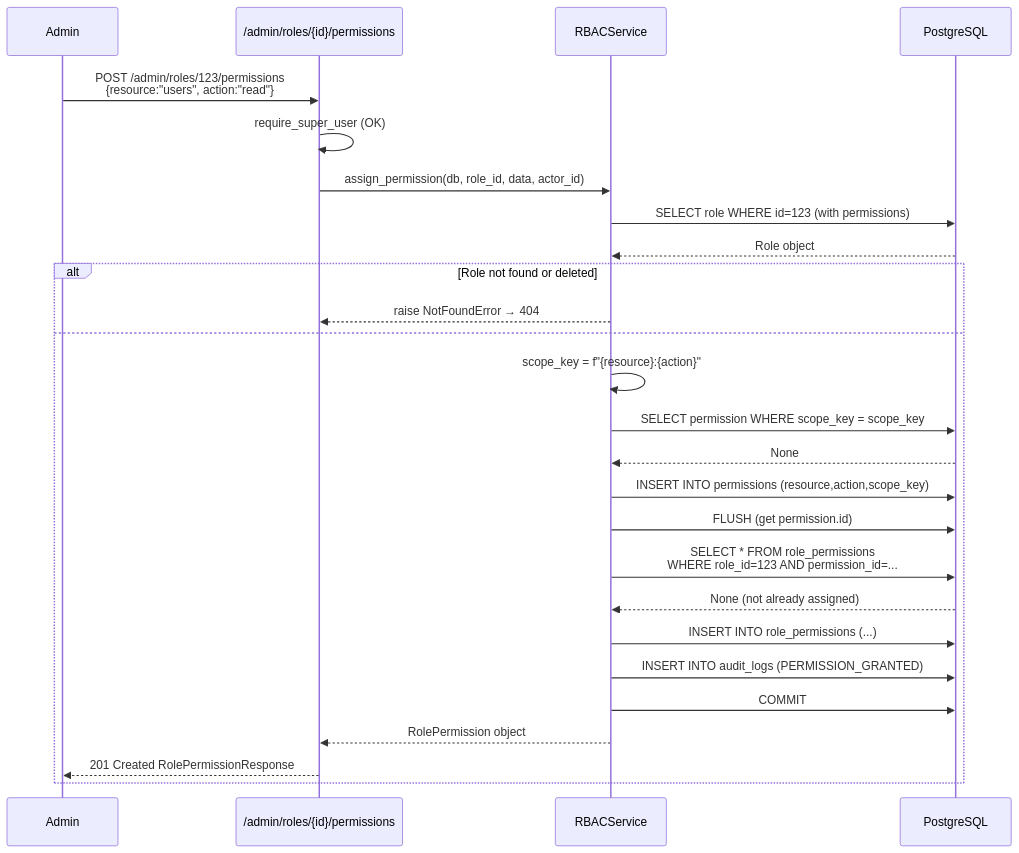
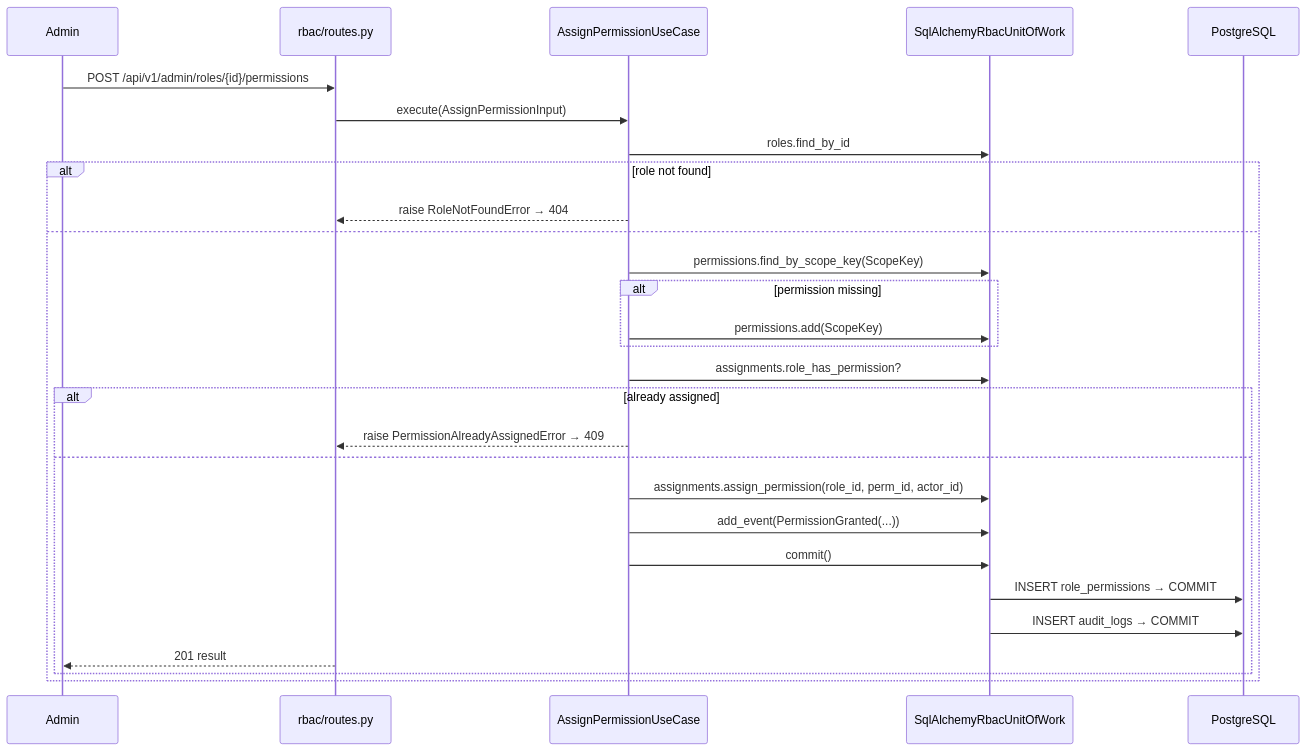
Before and after one commit to anaswaleedtahir/kosmos-ecommerce: the seventh of 10 diagrams in docs/09-sequence-diagrams.md, drawn with Mermaid. The commit also changed other lines of this file and 7 other files, not shown here.

First line of the commit message:
docs: update all docs to reflect hexagonal architecture

````diff
--- a/docs/09-sequence-diagrams.md
+++ b/docs/09-sequence-diagrams.md
@@ -273,30 +199,31 @@
 ```mermaid
 sequenceDiagram
     participant Admin
-    participant API as /admin/roles/{id}/permissions
-    participant Service as RBACService
+    participant Route as rbac/routes.py
+    participant UC as AssignPermissionUseCase
+    participant UoW as SqlAlchemyRbacUnitOfWork
     participant DB as PostgreSQL
 
-    Admin->>API: POST /admin/roles/123/permissions<br/>{resource:"users", action:"read"}
-    API->>API: require_super_user (OK)
-    API->>Service: assign_permission(db, role_id, data, actor_id)
-
-    Service->>DB: SELECT role WHERE id=123 (with permissions)
-    DB-->>Service: Role object
-    alt Role not found or deleted
-        Service-->>API: raise NotFoundError → 404
+    Admin->>Route: POST /api/v1/admin/roles/{id}/permissions
+    Route->>UC: execute(AssignPermissionInput)
+    UC->>UoW: roles.find_by_id
+    alt role not found
+        UC-->>Route: raise RoleNotFoundError → 404
     else
-        Service->>Service: scope_key = f"{resource}:{action}"
-        Service->>DB: SELECT permission WHERE scope_key = scope_key
-        DB-->>Service: None
-        Service->>DB: INSERT INTO permissions (resource,action,scope_key)
-        Service->>DB: FLUSH (get permission.id)
-        Service->>DB: SELECT * FROM role_permissions<br/>WHERE role_id=123 AND permission_id=...
-        DB-->>Service: None (not already assigned)
-        Service->>DB: INSERT INTO role_permissions (...) 
-        Service->>DB: INSERT INTO audit_logs (PERMISSION_GRANTED)
-        Service->>DB: COMMIT
-        Service-->>API: RolePermission object
-        API-->>Admin: 201 Created RolePermissionResponse
+        UC->>UoW: permissions.find_by_scope_key(ScopeKey)
+        alt permission missing
+            UC->>UoW: permissions.add(ScopeKey)
+        end
+        UC->>UoW: assignments.role_has_permission?
+        alt already assigned
+            UC-->>Route: raise PermissionAlreadyAssignedError → 409
+        else
+            UC->>UoW: assignments.assign_permission(role_id, perm_id, actor_id)
+            UC->>UoW: add_event(PermissionGranted(...))
+            UC->>UoW: commit()
+            UoW->>DB: INSERT role_permissions → COMMIT
+            UoW->>DB: INSERT audit_logs → COMMIT
+            Route-->>Admin: 201 result
+        end
     end
 ```
````
